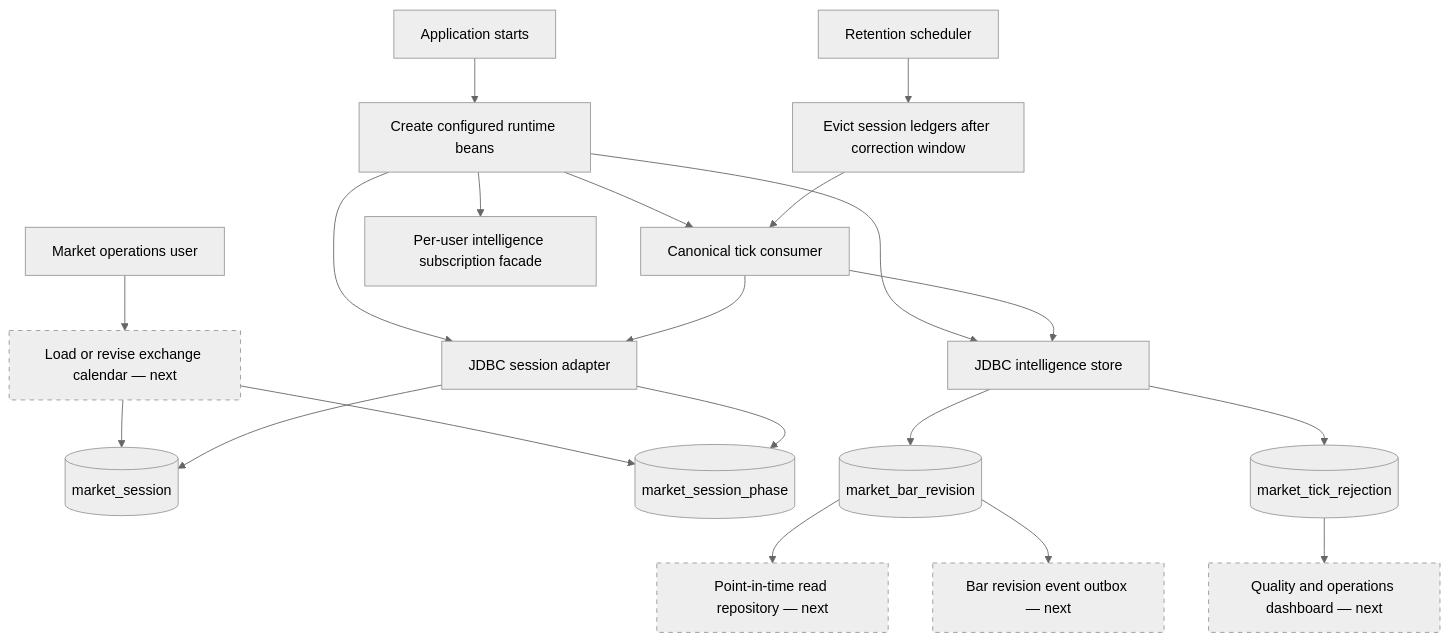
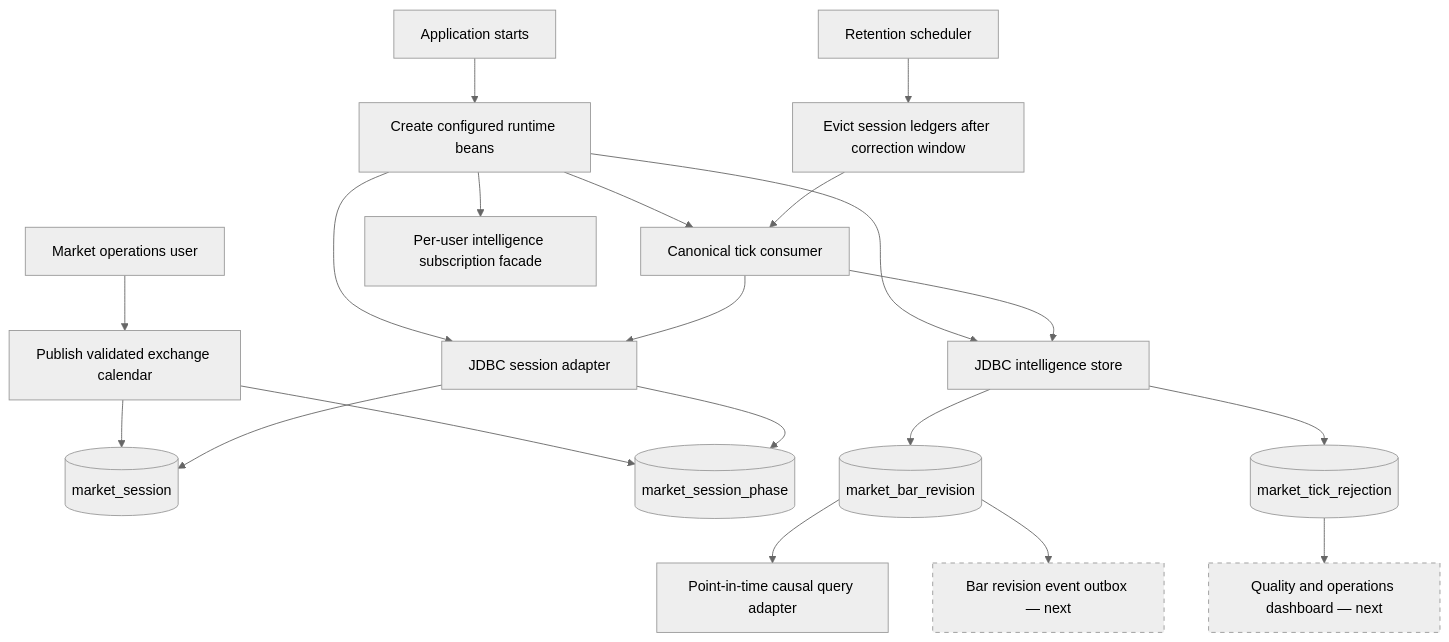
Before and after one commit to satyapp/predictiveEdge: the sixth of 10 diagrams in docs/architecture/core-ai/market-intelligence-user-flows-and-sequences.md, drawn with Mermaid (neutral theme). The commit also changed other lines of this file and 29 other files, not shown here.

First line of the commit message:
point-in-time market-bar read and replay API committed

````diff
--- a/docs/architecture/core-ai/market-intelligence-user-flows-and-sequences.md
+++ b/docs/architecture/core-ai/market-intelligence-user-flows-and-sequences.md
@@ -172,29 +171,29 @@
 ```mermaid
 flowchart TD
-    OP["Market operations user"] --> LOADER["Load or revise exchange calendar — next"]
+    OP["Market operations user"] --> LOADER["Publish validated exchange calendar"]
     LOADER --> SESSION[("market_session")]
     LOADER --> PHASE[("market_session_phase")]
 
     START["Application starts"] --> CFG["Create configured runtime beans"]
     CFG --> CAL["JDBC session adapter"]
     CFG --> STORE["JDBC intelligence store"]
     CFG --> CONSUMER["Canonical tick consumer"]
     CFG --> FACADE["Per-user intelligence subscription facade"]
 
     CONSUMER --> CAL
     CAL --> SESSION
     CAL --> PHASE
     CONSUMER --> STORE
     STORE --> BARS[("market_bar_revision")]
     STORE --> REJECT[("market_tick_rejection")]
 
     TIMER["Retention scheduler"] --> EVICT["Evict session ledgers after correction window"]
     EVICT --> CONSUMER
 
-    BARS --> QUERY["Point-in-time read repository — next"]
+    BARS --> QUERY["Point-in-time causal query adapter"]
     BARS --> OUTBOX["Bar revision event outbox — next"]
     REJECT --> OBS["Quality and operations dashboard — next"]
 
     classDef next stroke-dasharray: 5 5;
-    class LOADER,QUERY,OUTBOX,OBS next;
+    class OUTBOX,OBS next;
 ```
````
